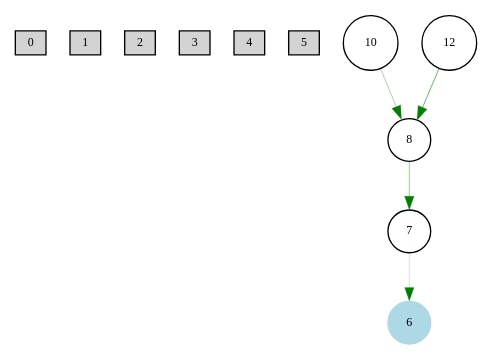
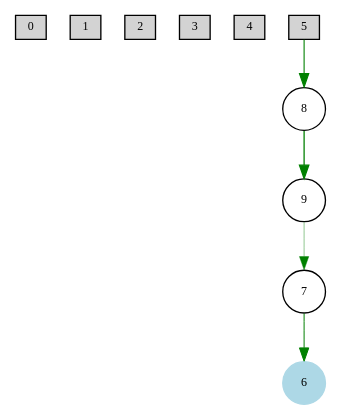
One commit to arkadyark/PongAI changed the diagram in 2015-2016/nn_winner-enabled-pruned.gv. Above: the diagram before and after it, drawn with Graphviz. The commit also changed 14 other files, not shown here.

```diff
--- a/2015-2016/nn_winner-enabled-pruned.gv
+++ b/2015-2016/nn_winner-enabled-pruned.gv
@@ -1,14 +1,14 @@
 digraph {
 	node [fontsize=9 height=0.2 shape=circle width=0.2]
 		0 [shape=box style=filled]
 		1 [shape=box style=filled]
 		2 [shape=box style=filled]
 		3 [shape=box style=filled]
 		4 [shape=box style=filled]
 		5 [shape=box style=filled]
 		6 [color=lightblue style=filled]
-			10 -> 8 [color=green penwidth=0.246685183144 style=solid]
-			7 -> 6 [color=green penwidth=0.146813653263 style=solid]
-			8 -> 7 [color=green penwidth=0.3 style=solid]
-			12 -> 8 [color=green penwidth=0.442549814129 style=solid]
+			7 -> 6 [color=green penwidth=0.746303350525 style=solid]
+			8 -> 9 [color=green penwidth=0.959295985581 style=solid]
+			5 -> 8 [color=green penwidth=0.823988843231 style=solid]
+			9 -> 7 [color=green penwidth=0.330033841511 style=solid]
 }
```
